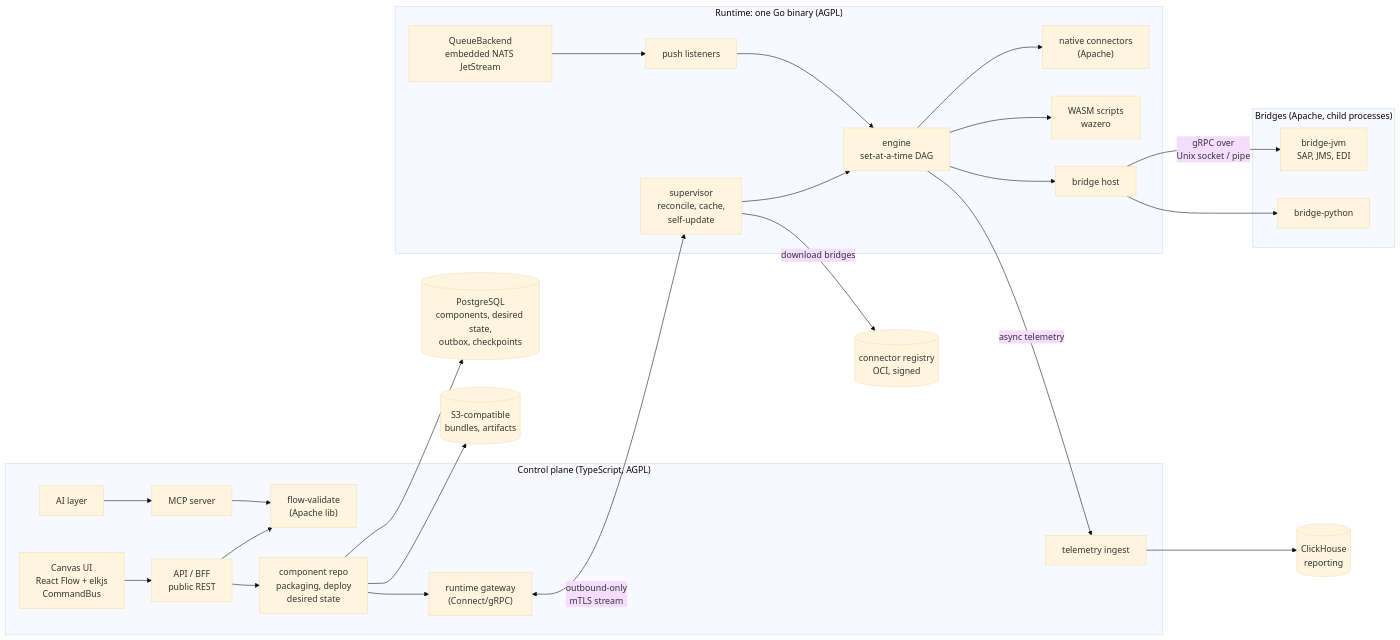
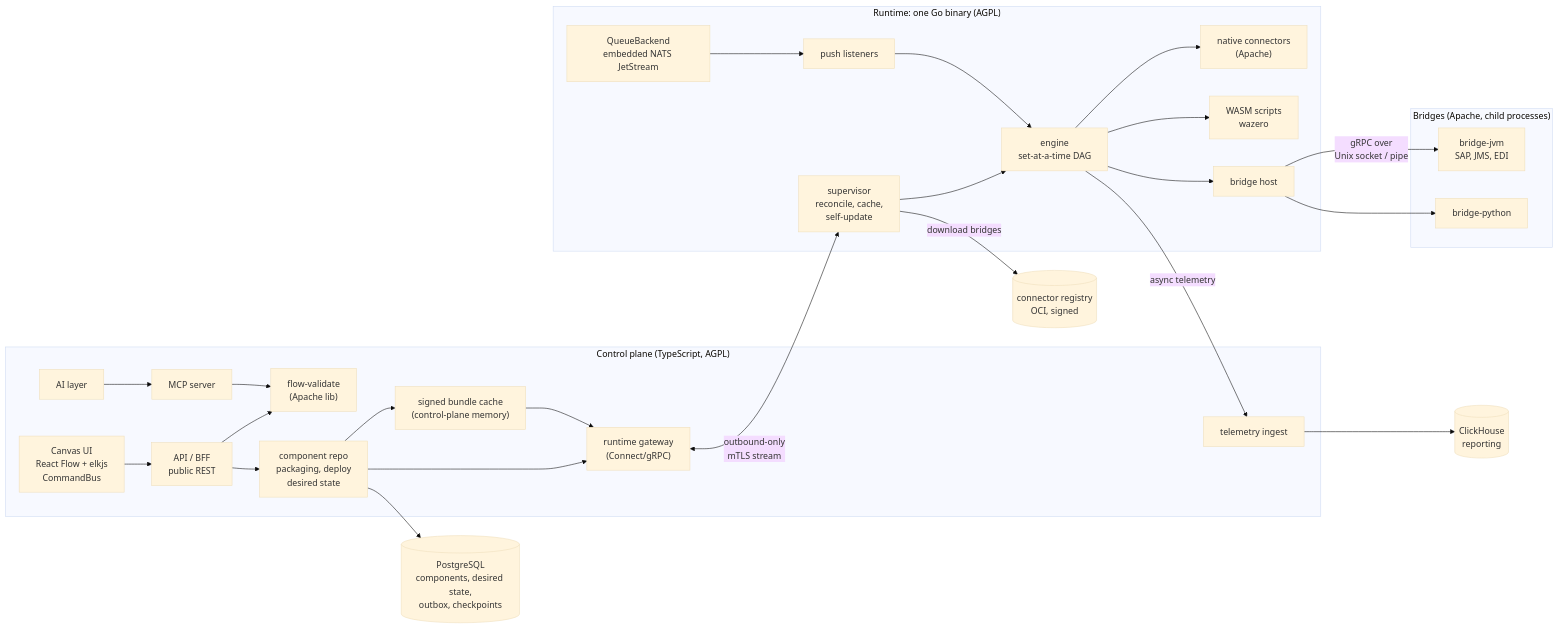
The first of 3 diagrams in docs/ARCHITECTURE.md (nurtuo/nurtuo), drawn with Mermaid (base theme) before and after one commit.

Commit message:
docs: show the in-memory bundle cache in architecture

````diff
--- a/docs/ARCHITECTURE.md
+++ b/docs/ARCHITECTURE.md
@@ -218,49 +218,49 @@
 ```mermaid
 flowchart LR
   subgraph CP["Control plane (TypeScript, AGPL)"]
     WEB["Canvas UI\nReact Flow + elkjs\nCommandBus"]
     API["API / BFF\npublic REST"]
     MCP["MCP server"]
     AI["AI layer"]
     VAL["flow-validate\n(Apache lib)"]
     REPO["component repo\npackaging, deploy\ndesired state"]
     GW["runtime gateway\n(Connect/gRPC)"]
+    BUNDLES["signed bundle cache\n(control-plane memory)"]
     ING["telemetry ingest"]
   end
   PG[("PostgreSQL\ncomponents, desired state,\noutbox, checkpoints")]
   CH[("ClickHouse\nreporting")]
-  S3[("S3-compatible\nbundles, artifacts")]
   REG[("connector registry\nOCI, signed")]
 
   subgraph RT["Runtime: one Go binary (AGPL)"]
     SUP["supervisor\nreconcile, cache,\nself-update"]
     ENG["engine\nset-at-a-time DAG"]
     Q["QueueBackend\nembedded NATS JetStream"]
     LIS["push listeners"]
     CON["native connectors\n(Apache)"]
     WASM["WASM scripts\nwazero"]
     BH["bridge host"]
   end
   subgraph BR["Bridges (Apache, child processes)"]
     JVM["bridge-jvm\nSAP, JMS, EDI"]
     PY["bridge-python"]
   end
 
   WEB --> API --> VAL
   MCP --> VAL
   AI --> MCP
   API --> REPO --> PG
-  REPO --> S3
   GW <-- "outbound-only\nmTLS stream" --> SUP
   REPO --> GW
+  REPO --> BUNDLES --> GW
   SUP --> ENG
   LIS --> ENG
   Q --> LIS
   ENG --> CON
   ENG --> WASM
   ENG --> BH
   BH -- "gRPC over\nUnix socket / pipe" --> JVM
   BH --> PY
   SUP -- "download bridges" --> REG
   ENG -- "async telemetry" --> ING --> CH
 ```
````
